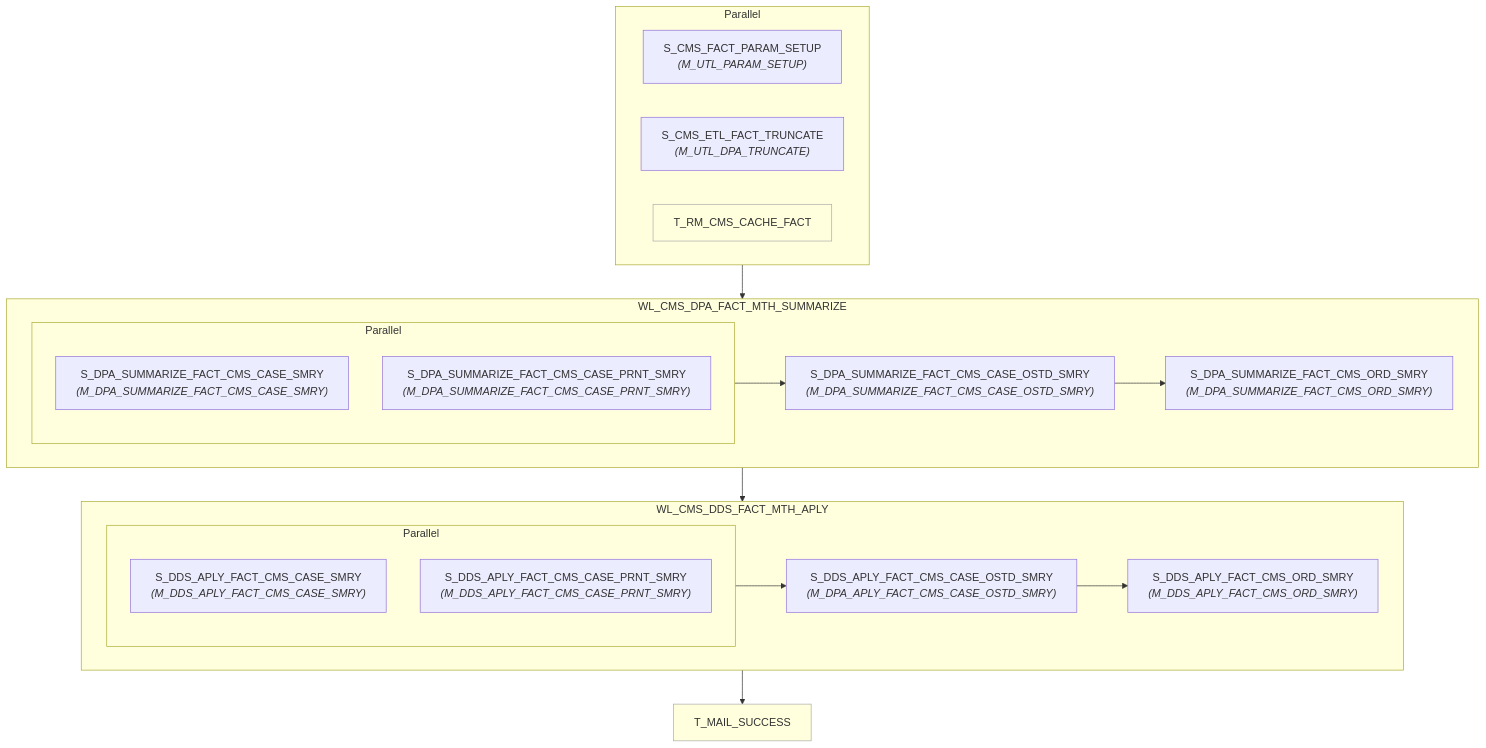
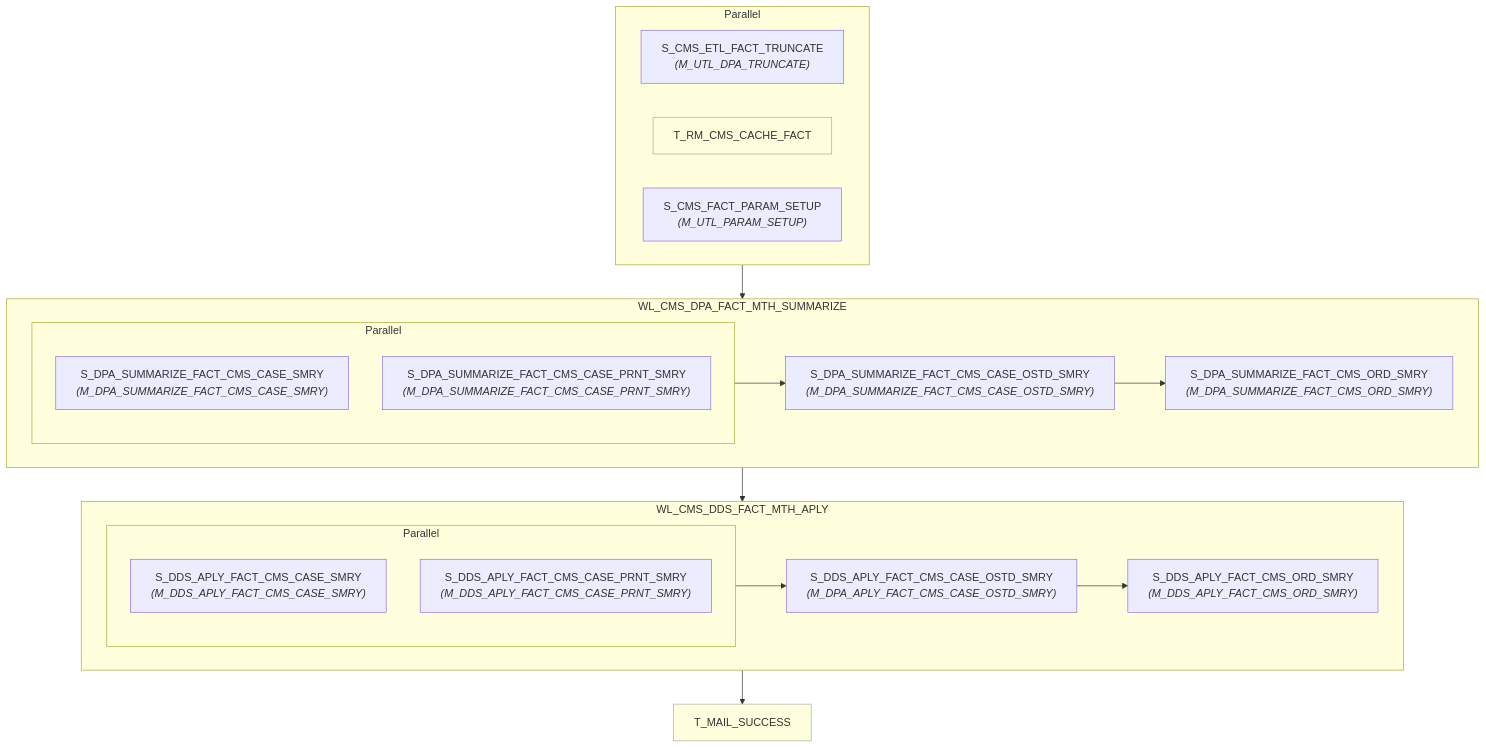
One commit to asl-adamxu/informatica-sparker-poc changed the diagram in informatica/PySpark_workflows/dds/WF_CMS_DDS_APLY_MTH/wf_cms_dds_aply_mth.md. Above: the diagram before and after it, drawn with Mermaid. The commit also changed 196 other files, not shown here.

````diff
--- a/informatica/PySpark_workflows/dds/WF_CMS_DDS_APLY_MTH/wf_cms_dds_aply_mth.md
+++ b/informatica/PySpark_workflows/dds/WF_CMS_DDS_APLY_MTH/wf_cms_dds_aply_mth.md
@@ -7,41 +7,41 @@
 ```mermaid
 flowchart TD
-    n1["S_CMS_FACT_PARAM_SETUP<br/><i>(M_UTL_PARAM_SETUP)</i>"]
-    n2["S_CMS_ETL_FACT_TRUNCATE<br/><i>(M_UTL_DPA_TRUNCATE)</i>"]
-    n3["T_RM_CMS_CACHE_FACT"]
-    style n3 fill:#ffd,stroke:#aaa,stroke-width:1px
+    n1["S_CMS_ETL_FACT_TRUNCATE<br/><i>(M_UTL_DPA_TRUNCATE)</i>"]
+    n2["T_RM_CMS_CACHE_FACT"]
+    style n2 fill:#ffd,stroke:#aaa,stroke-width:1px
+    n3["S_CMS_FACT_PARAM_SETUP<br/><i>(M_UTL_PARAM_SETUP)</i>"]
     subgraph pg4[Parallel]
         n1
         n2
         n3
     end
     subgraph wkl5["WL_CMS_DPA_FACT_MTH_SUMMARIZE"]
     n6["S_DPA_SUMMARIZE_FACT_CMS_CASE_SMRY<br/><i>(M_DPA_SUMMARIZE_FACT_CMS_CASE_SMRY)</i>"]
     n7["S_DPA_SUMMARIZE_FACT_CMS_CASE_PRNT_SMRY<br/><i>(M_DPA_SUMMARIZE_FACT_CMS_CASE_PRNT_SMRY)</i>"]
     subgraph pg8[Parallel]
         n6
         n7
     end
     n9["S_DPA_SUMMARIZE_FACT_CMS_CASE_OSTD_SMRY<br/><i>(M_DPA_SUMMARIZE_FACT_CMS_CASE_OSTD_SMRY)</i>"]
     n10["S_DPA_SUMMARIZE_FACT_CMS_ORD_SMRY<br/><i>(M_DPA_SUMMARIZE_FACT_CMS_ORD_SMRY)</i>"]
         pg8 --> n9
         n9 --> n10
     end
     subgraph wkl11["WL_CMS_DDS_FACT_MTH_APLY"]
     n12["S_DDS_APLY_FACT_CMS_CASE_SMRY<br/><i>(M_DDS_APLY_FACT_CMS_CASE_SMRY)</i>"]
     n13["S_DDS_APLY_FACT_CMS_CASE_PRNT_SMRY<br/><i>(M_DDS_APLY_FACT_CMS_CASE_PRNT_SMRY)</i>"]
     subgraph pg14[Parallel]
         n12
         n13
     end
     n15["S_DDS_APLY_FACT_CMS_CASE_OSTD_SMRY<br/><i>(M_DPA_APLY_FACT_CMS_CASE_OSTD_SMRY)</i>"]
     n16["S_DDS_APLY_FACT_CMS_ORD_SMRY<br/><i>(M_DDS_APLY_FACT_CMS_ORD_SMRY)</i>"]
         pg14 --> n15
         n15 --> n16
     end
     n17["T_MAIL_SUCCESS"]
     style n17 fill:#ffd,stroke:#aaa,stroke-width:1px
     pg4 --> wkl5
     wkl5 --> wkl11
     wkl11 --> n17
 ```
````
